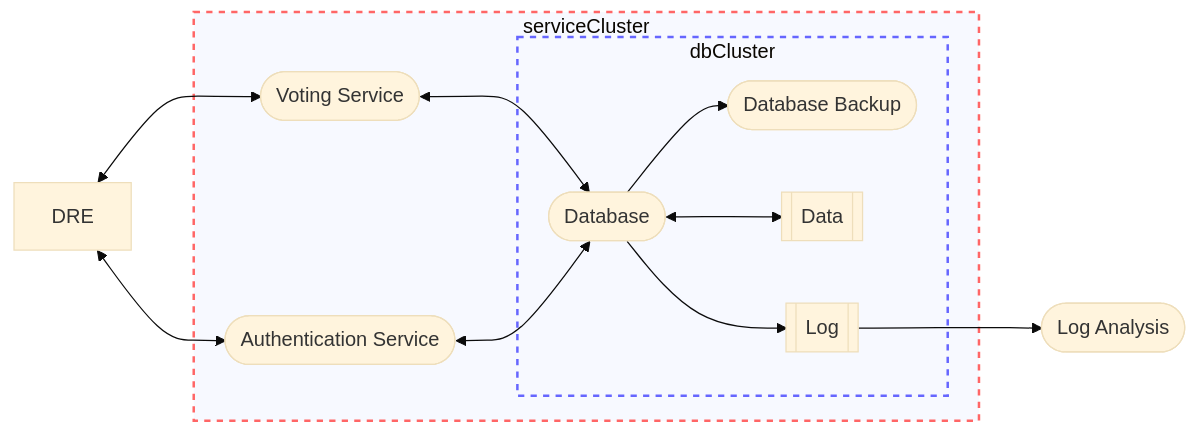
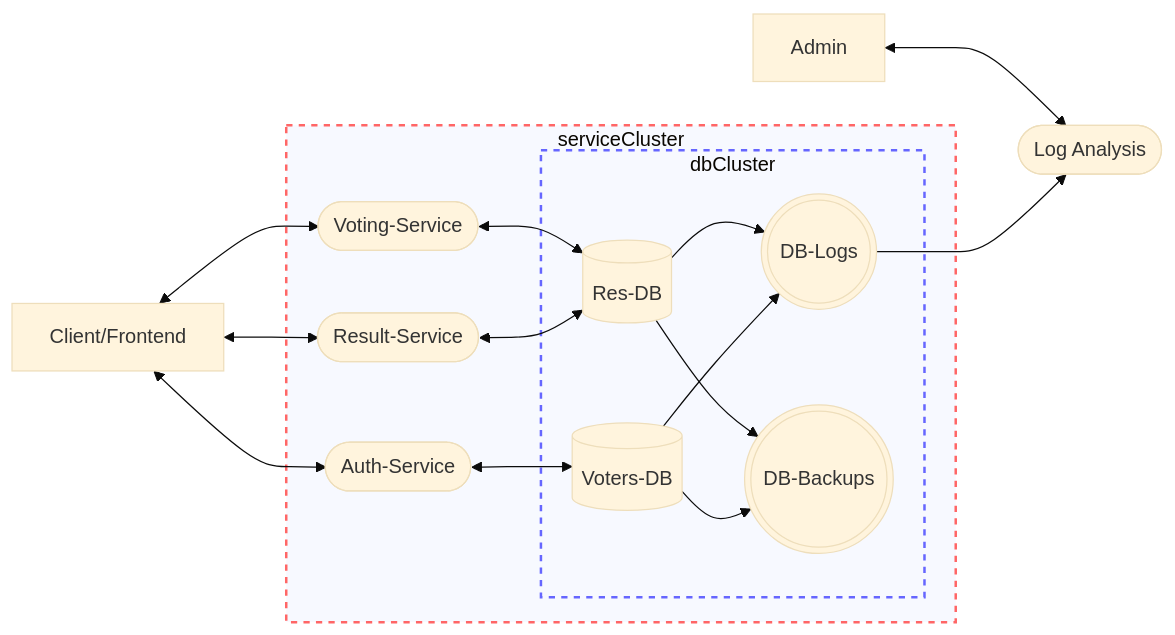
Before and after one commit to samme90s/samme90s: the diagram in data-flow-diagram.md, drawn with Mermaid (base theme).

Commit message:
Update DFD to second draft

````diff
--- a/data-flow-diagram.md
+++ b/data-flow-diagram.md
@@ -13,31 +11,38 @@
 ```mermaid
 flowchart LR
-      style serviceCluster stroke:#f66,stroke-width:2px,stroke-dasharray: 5 5
-      style dbCluster stroke:#66f,stroke-width:2px,stroke-dasharray: 5 5
+      style serviceCluster stroke:#f66,stroke-width:2px,stroke-dasharray: 5 5;
+      style dbCluster stroke:#66f,stroke-width:2px,stroke-dasharray: 5 5;
 
-      client[DRE]
+      client[Client/Frontend]
+      client <--> authService
+      client <--> voteService
+      client <--> resService
+      admin[Admin]
+      admin <--> dbLogsAnalysis
+      dbLogsAnalysis([Log Analysis])
+      dbLogs --> dbLogsAnalysis
+
 
       subgraph serviceCluster
-            auth([Authentication Service])
-            vote([Voting Service])
+            authService([Auth-Service])
+            authService <--> votersDb
+            voteService([Voting-Service])
+            voteService <--> resDb
+            resService([Result-Service])
+            resService <--> resDb
 
             subgraph dbCluster
-                  db([Database])
-                  dbBackup([Database Backup])
-                  dbData[[Data]]
-                  dbLog[[Log]]
+                  dbBackups(((DB-Backups)))
+                  resDb --> dbBackups
+                  votersDb --> dbBackups
+                  dbLogs(((DB-Logs)))
+                  resDb --> dbLogs
+                  votersDb --> dbLogs
 
-                  db --> dbBackup
-                  db <--> dbData
-                  db --> dbLog
+
+                  resDb[(Res-DB)]
+
+                  votersDb[(Voters-DB)]
             end
       end
-
-      dbLogAnalysis([Log Analysis])
-
-      client <--> auth
-      client <--> vote
-      vote <--> db
-      auth <--> db
-      dbLog --> dbLogAnalysis
 ```
````
